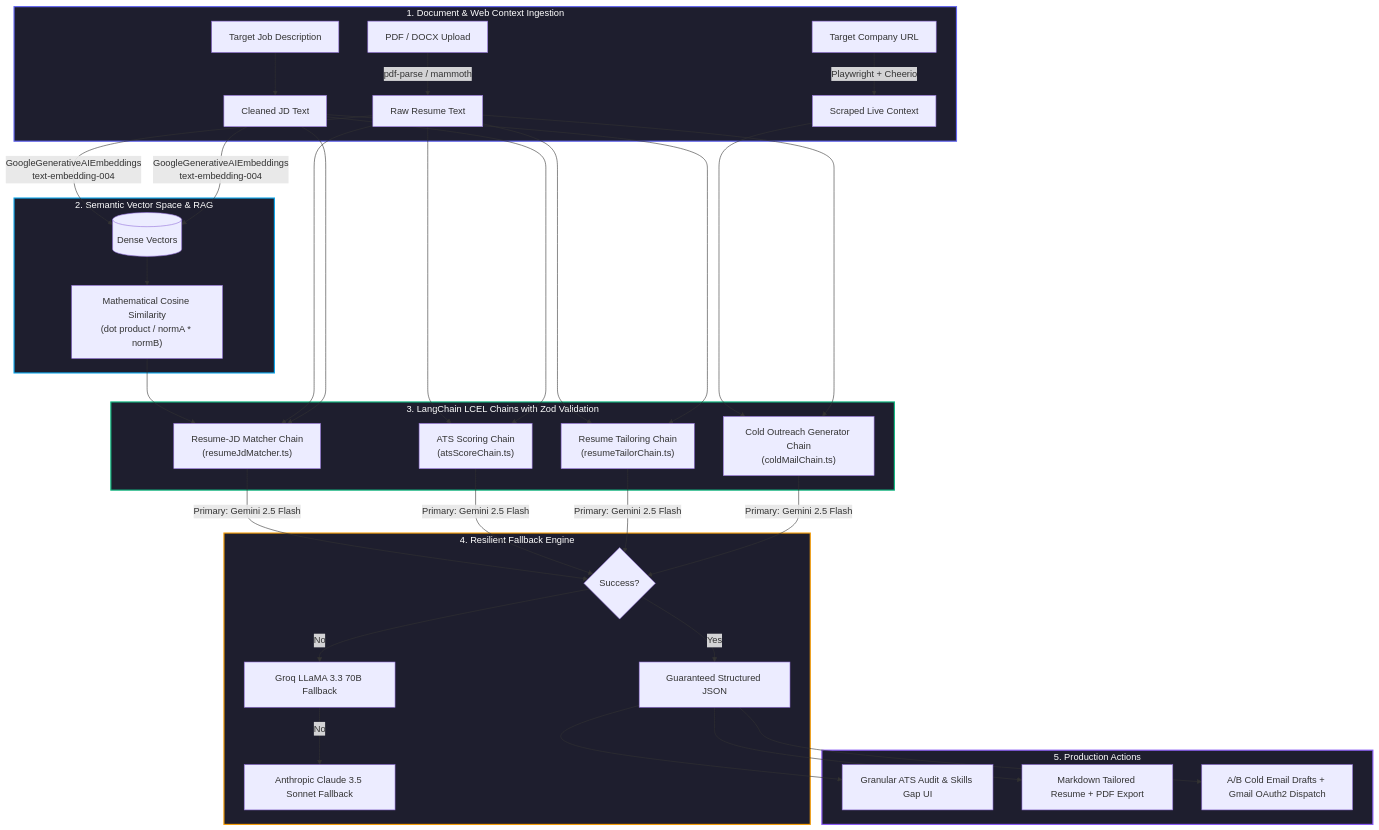
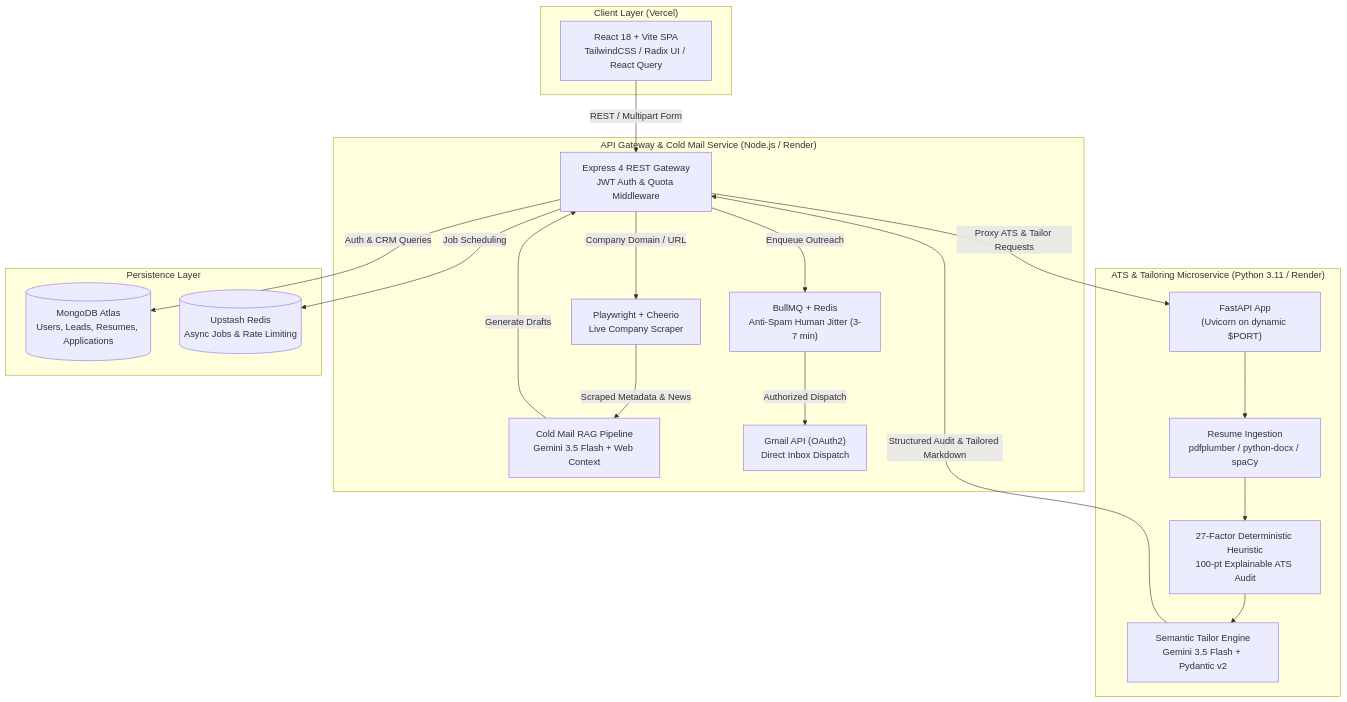
One commit to bharatdhuva/Outly changed the diagram in README.md. Above: the diagram before and after it, drawn with Mermaid. The commit also changed other lines of this file and 1 other file, not shown here.

Commit message:
docs: overhaul README with clean architecture and accurate microservice specs

````diff
--- a/README.md
+++ b/README.md
@@ -41,39 +42,41 @@
 ```mermaid
 flowchart TD
-    subgraph INGESTION["1. Document & Web Context Ingestion"]
-        A[PDF / DOCX Upload] -->|pdf-parse / mammoth| B[Raw Resume Text]
-        C[Target Job Description] --> D[Cleaned JD Text]
-        E[Target Company URL] -->|Playwright + Cheerio| F[Scraped Live Context]
+    subgraph CLIENT["Client Layer (Vercel)"]
+        UI["React 18 + Vite SPA\nTailwindCSS / Radix UI / React Query"]
     end
 
-    subgraph RAG_EMBEDDINGS["2. Semantic Vector Space & RAG"]
-        B & D -->|GoogleGenerativeAIEmbeddings\ntext-embedding-004| G[(Dense Vectors)]
-        G --> H["Mathematical Cosine Similarity\n(dot product / normA * normB)"]
+    subgraph GATEWAY["API Gateway & Cold Mail Service (Node.js / Render)"]
+        API["Express 4 REST Gateway\nJWT Auth & Quota Middleware"]
+        SCRAPER["Playwright + Cheerio\nLive Company Scraper"]
+        RAG["Cold Mail RAG Pipeline\nGemini 3.5 Flash + Web Context"]
+        QUEUE["BullMQ + Redis\nAnti-Spam Human Jitter (3-7 min)"]
+        GMAIL["Gmail API (OAuth2)\nDirect Inbox Dispatch"]
     end
 
-    subgraph LANGCHAIN_CHAINS["3. LangChain LCEL Chains with Zod Validation"]
-        H & B & D --> I["Resume-JD Matcher Chain\n(resumeJdMatcher.ts)"]
-        B & D --> J["ATS Scoring Chain\n(atsScoreChain.ts)"]
-        B & D --> K["Resume Tailoring Chain\n(resumeTailorChain.ts)"]
-        F & B --> L["Cold Outreach Generator Chain\n(coldMailChain.ts)"]
+    subgraph AI_SERVICE["ATS & Tailoring Microservice (Python 3.11 / Render)"]
+        FASTAPI["FastAPI App\n(Uvicorn on dynamic $PORT)"]
+        PARSER["Resume Ingestion\npdfplumber / python-docx / spaCy"]
+        RULES["27-Factor Deterministic Heuristic\n100-pt Explainable ATS Audit"]
+        TAILOR["Semantic Tailor Engine\nGemini 3.5 Flash + Pydantic v2"]
     end
 
-    subgraph RESILIENCE["4. Resilient Fallback Engine"]
-        I & J & K & L -->|Primary: Gemini 2.5 Flash| M{Success?}
-        M -- No --> N[Groq LLaMA 3.3 70B Fallback]
-        N -- No --> O[Anthropic Claude 3.5 Sonnet Fallback]
-        M -- Yes --> P[Guaranteed Structured JSON]
+    subgraph DATA["Persistence Layer"]
+        MONGO[("MongoDB Atlas\nUsers, Leads, Resumes, Applications")]
+        REDIS[("Upstash Redis\nAsync Jobs & Rate Limiting")]
     end
 
-    subgraph OUTPUTS["5. Production Actions"]
-        P --> Q[Granular ATS Audit & Skills Gap UI]
-        P --> R[Markdown Tailored Resume + PDF Export]
-        P --> S[A/B Cold Email Drafts + Gmail OAuth2 Dispatch]
-    end
-
-    style INGESTION fill:#1e1e2e,stroke:#6366f1,stroke-width:2px,color:#fff
-    style RAG_EMBEDDINGS fill:#1e1e2e,stroke:#0ea5e9,stroke-width:2px,color:#fff
-    style LANGCHAIN_CHAINS fill:#1e1e2e,stroke:#10b981,stroke-width:2px,color:#fff
-    style RESILIENCE fill:#1e1e2e,stroke:#f59e0b,stroke-width:2px,color:#fff
-    style OUTPUTS fill:#1e1e2e,stroke:#8b5cf6,stroke-width:2px,color:#fff
+    UI -->|REST / Multipart Form| API
+    API -->|Auth & CRM Queries| MONGO
+    API -->|Job Scheduling| REDIS
+    API -->|Company Domain / URL| SCRAPER
+    SCRAPER -->|Scraped Metadata & News| RAG
+    RAG -->|Generate Drafts| API
+    API -->|Enqueue Outreach| QUEUE
+    QUEUE -->|Authorized Dispatch| GMAIL
+    
+    API -->|Proxy ATS & Tailor Requests| FASTAPI
+    FASTAPI --> PARSER
+    PARSER --> RULES
+    RULES --> TAILOR
+    TAILOR -->|Structured Audit & Tailored Markdown| API
 ```
````
